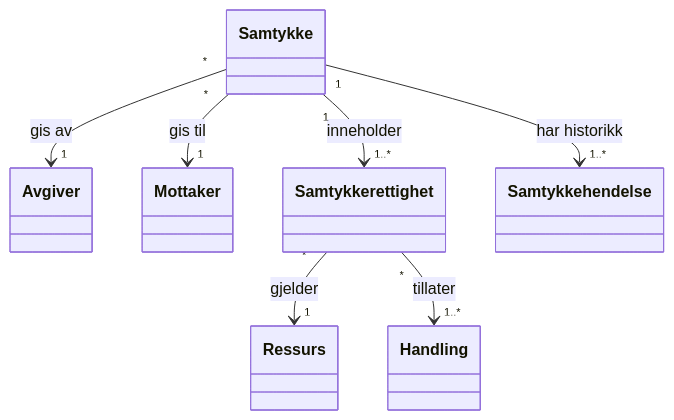
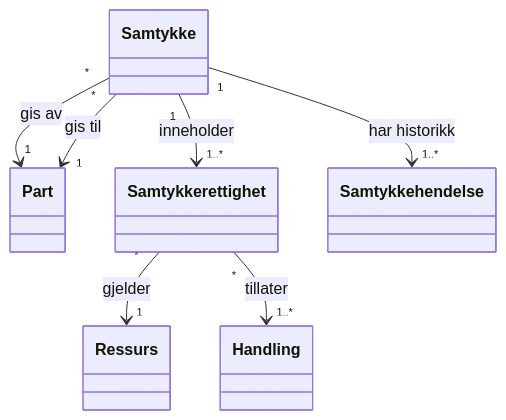
The seventh of 8 diagrams in content/authorization/reference/system/information-model/_index.nb.md (Altinn/altinn-studio-docs), drawn with Mermaid before and after one commit. The commit also changed other lines of this file and 39 other files, not shown here.

```diff
--- a/content/authorization/reference/system/information-model/_index.nb.md
+++ b/content/authorization/reference/system/information-model/_index.nb.md
@@ -149,17 +149,16 @@
 {{< mermaid >}}
 classDiagram
     class Samtykke
-    class Avgiver
-    class Mottaker
+    class Part
     class Samtykkerettighet
     class Ressurs
     class Handling
     class Samtykkehendelse
 
-    Samtykke "*" --> "1" Avgiver : gis av
-    Samtykke "*" --> "1" Mottaker : gis til
+    Samtykke "*" --> "1" Part : gis av
+    Samtykke "*" --> "1" Part : gis til
     Samtykke "1" --> "1..*" Samtykkerettighet : inneholder
     Samtykkerettighet "*" --> "1" Ressurs : gjelder
     Samtykkerettighet "*" --> "1..*" Handling : tillater
     Samtykke "1" --> "1..*" Samtykkehendelse : har historikk
 {{< /mermaid >}}
```
